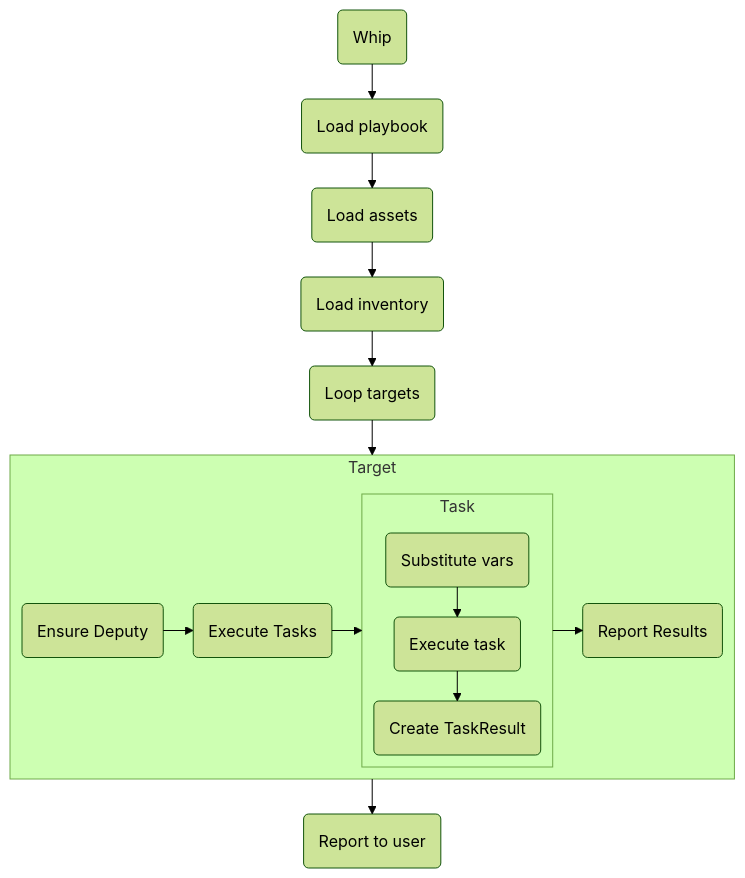
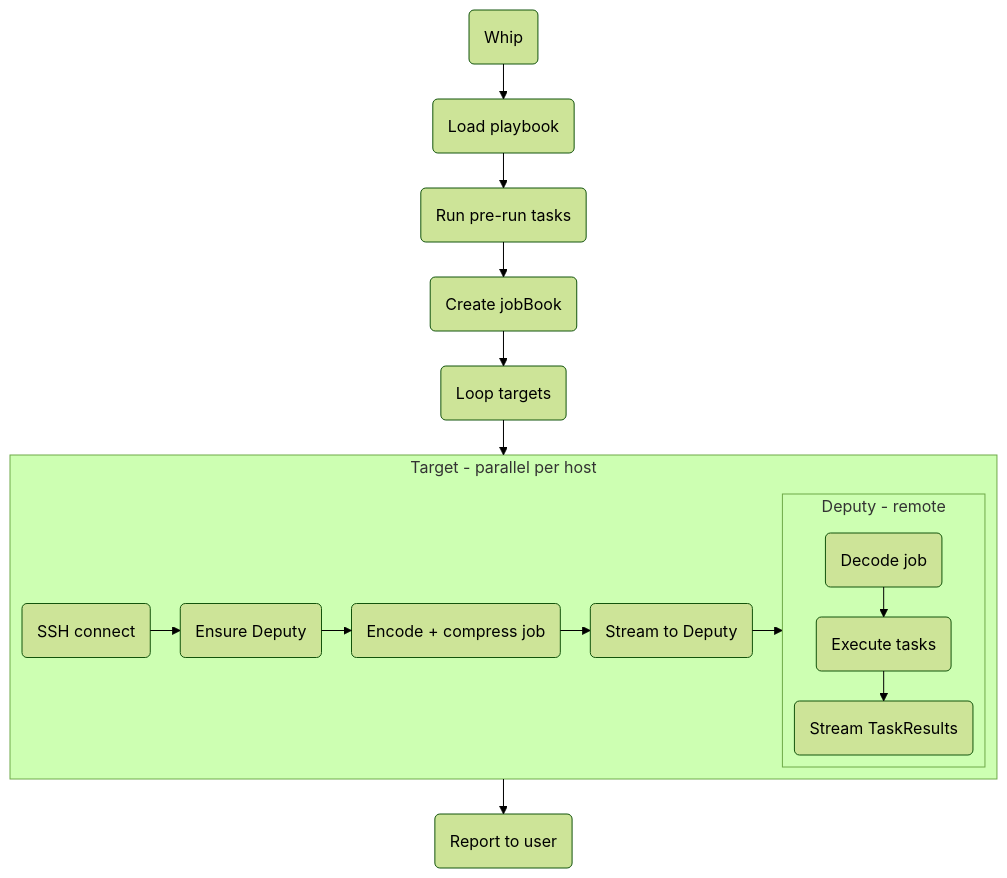
The diagram in doc/architecture.md (gwillem/whip), drawn with Mermaid (forest theme) before and after one commit. The commit also changed other lines of this file and 10 other files, not shown here.

````diff
--- a/doc/architecture.md
+++ b/doc/architecture.md
@@ -4,29 +3,27 @@
 ```mermaid
 %%{init: {"flowchart": {"defaultRenderer": "elk"}} }%%
 
 flowchart TB;
     p1(Load playbook)
-    p2(Load assets)
-    p3(Load inventory)
+    p2(Run pre-run tasks)
+    p3(Create jobBook)
 
     W(Whip)-->p1-->p2-->p3-->L(Loop targets)
 
     L-->Target
 
-    subgraph Target
+    subgraph Target [Target - parallel per host]
         direction LR
-        t1(Ensure Deputy)-->t2(Execute Tasks)
-        
-        Task-->t3(Report Results)
+        t0(SSH connect)-->t1(Ensure Deputy)-->t2(Encode + compress job)-->t3(Stream to Deputy)
 
-        t2-->Task
-        subgraph Task
+        t3-->Deputy
+
+        subgraph Deputy [Deputy - remote]
             direction TB
-            k1(Substitute vars)-->k2(Execute task)-->k3(Create TaskResult)
+            d1(Decode job)-->d2(Execute tasks)-->d3(Stream TaskResults)
         end
 
     end
 
     Target-->report(Report to user)
-
 ```
````
